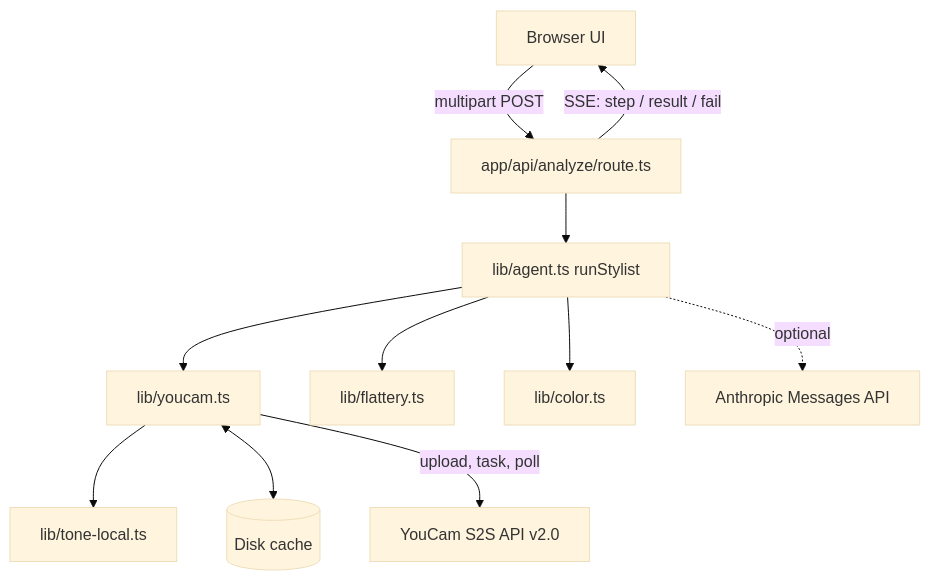
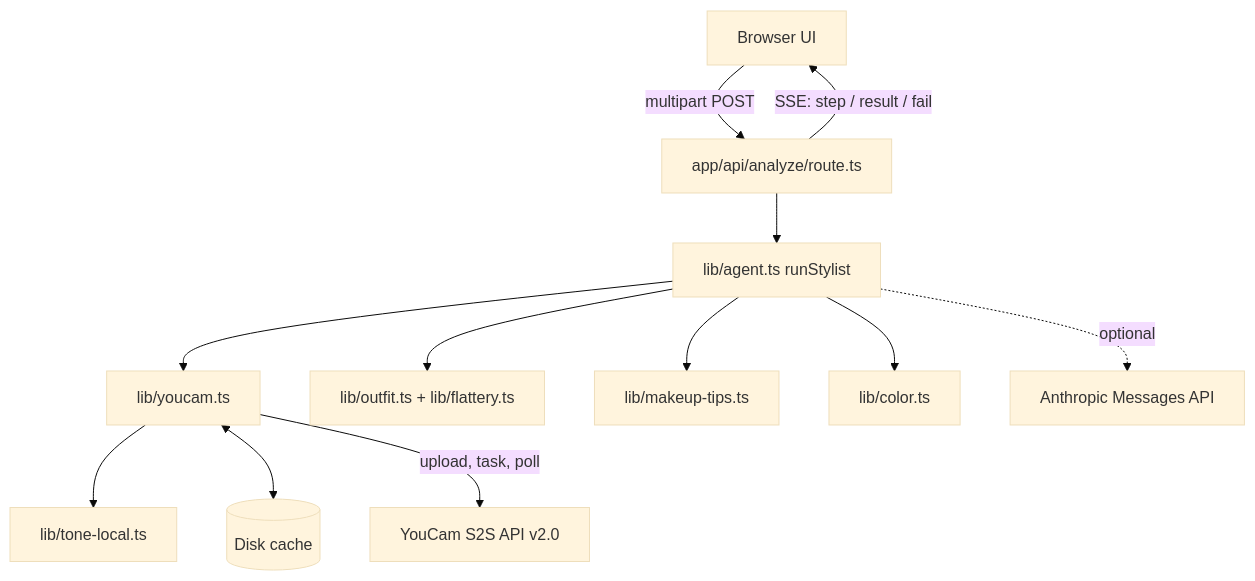
Before and after one commit to kunal-motwani/lowkey: the first of 2 diagrams in docs/ARCHITECTURE.md, drawn with Mermaid (base theme). The commit also changed other lines of this file and 42 other files, not shown here.

````diff
--- a/docs/ARCHITECTURE.md
+++ b/docs/ARCHITECTURE.md
@@ -7,13 +7,14 @@
 ```mermaid
 flowchart TB
   UI[Browser UI] -- multipart POST --> R[app/api/analyze/route.ts]
   R -- SSE: step / result / fail --> UI
   R --> A[lib/agent.ts runStylist]
   A --> Y[lib/youcam.ts]
-  A --> F[lib/flattery.ts]
+  A --> F[lib/outfit.ts + lib/flattery.ts]
+  A --> MT[lib/makeup-tips.ts]
   A --> C[lib/color.ts]
   Y --> TL[lib/tone-local.ts]
   Y <--> K[(Disk cache)]
   Y -- upload, task, poll --> YC[YouCam S2S API v2.0]
   A -. optional .-> LLM[Anthropic Messages API]
 ```
````
